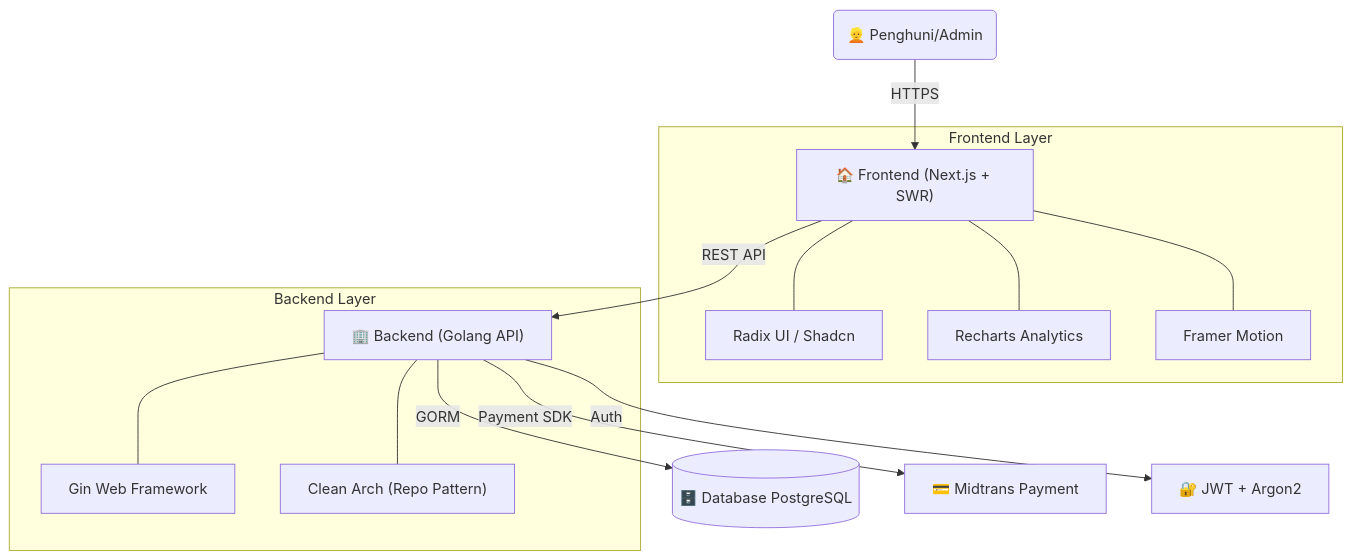
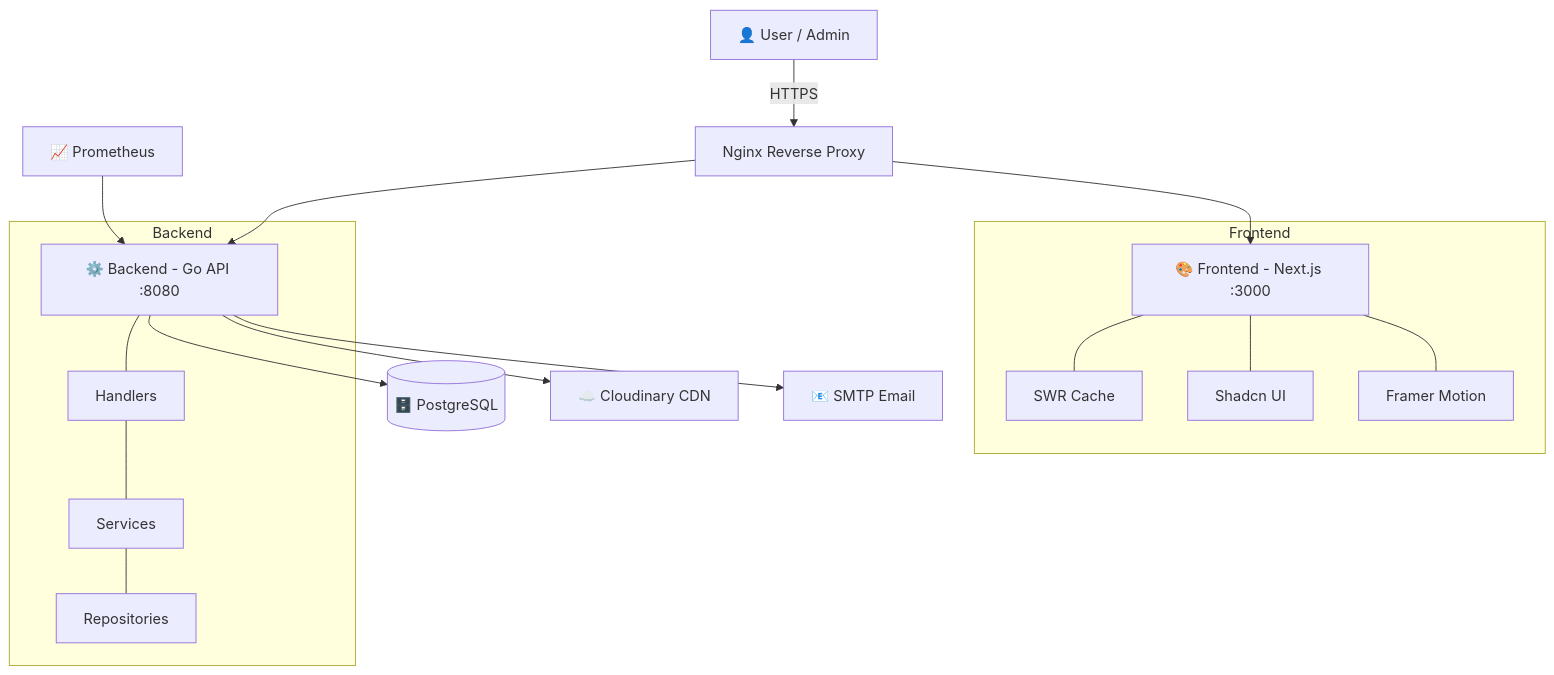
The diagram in README.md (ArkanFzi/platfrom-kos), drawn with Mermaid before and after one commit. The commit also changed other lines of this file and 26 other files, not shown here.

````diff
--- a/README.md
+++ b/README.md
@@ -20,19 +62,22 @@
 ```mermaid
 graph TD
-    User("👱 Penghuni/Admin") -->|HTTPS| FE["🏠 Frontend (Next.js + SWR)"]
-    FE -->|REST API| BE["🏢 Backend (Golang API)"]
-    BE -->|GORM| DB[("🗄️ Database PostgreSQL")]
-    BE -->|Payment SDK| Midtrans["💳 Midtrans Payment"]
-    BE -->|Auth| Security["🔐 JWT + Argon2"]
-    
-    subgraph "Frontend Layer"
-    FE --- Shadcn["Radix UI / Shadcn"]
-    FE --- Recharts["Recharts Analytics"]
-    FE --- Motion["Framer Motion"]
+    A["👤 User / Admin"] -->|HTTPS| B["Nginx Reverse Proxy"]
+    B --> C["🎨 Frontend - Next.js :3000"]
+    B --> D["⚙️ Backend - Go API :8080"]
+    D --> E[("🗄️ PostgreSQL")]
+    D --> F["☁️ Cloudinary CDN"]
+    D --> G["📧 SMTP Email"]
+    H["📈 Prometheus"] --> D
+
+    subgraph Frontend
+        C --- SWR["SWR Cache"]
+        C --- Shadcn["Shadcn UI"]
+        C --- Motion["Framer Motion"]
     end
 
-    subgraph "Backend Layer"
-    BE --- Gin["Gin Web Framework"]
-    BE --- Layer["Clean Arch (Repo Pattern)"]
+    subgraph Backend
+        D --- Handlers["Handlers"]
+        Handlers --- Services["Services"]
+        Services --- Repos["Repositories"]
     end
 ```
````
